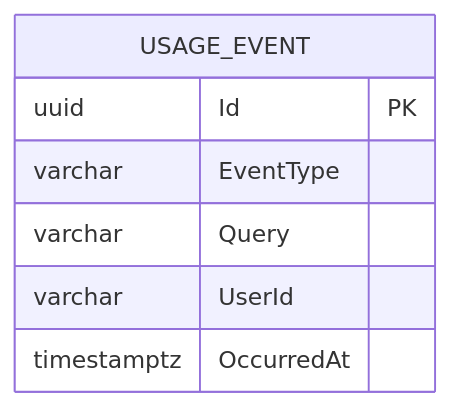
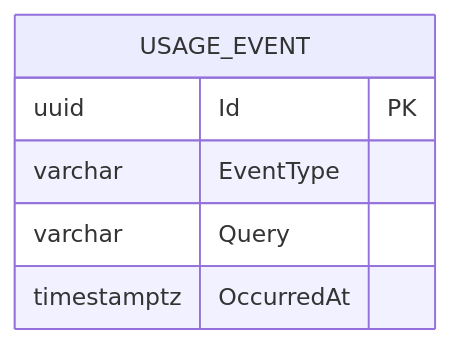
Before and after one commit to endazon/microservices-platform: the diagram in docs/data/usage-event.md, drawn with Mermaid. The commit also changed other lines of this file and 23 other files, not shown here.

````diff
--- a/docs/data/usage-event.md
+++ b/docs/data/usage-event.md
@@ -48,10 +51,9 @@
 ```mermaid
 erDiagram
     USAGE_EVENT {
         uuid Id PK
         varchar EventType
         varchar Query
-        varchar UserId
         timestamptz OccurredAt
     }
 ```
````
